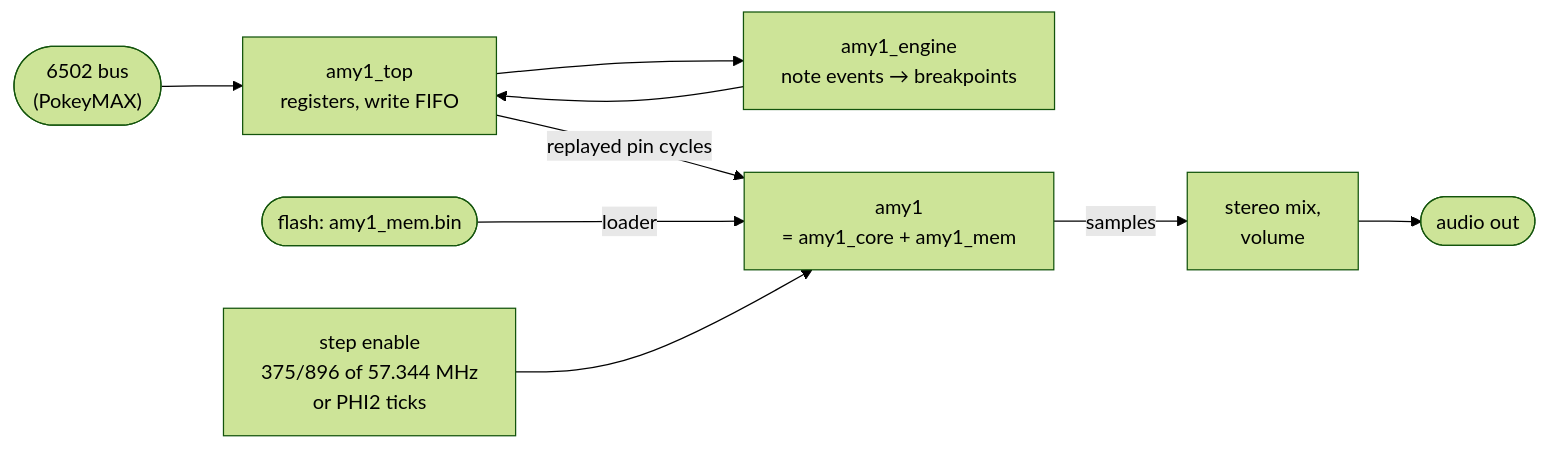
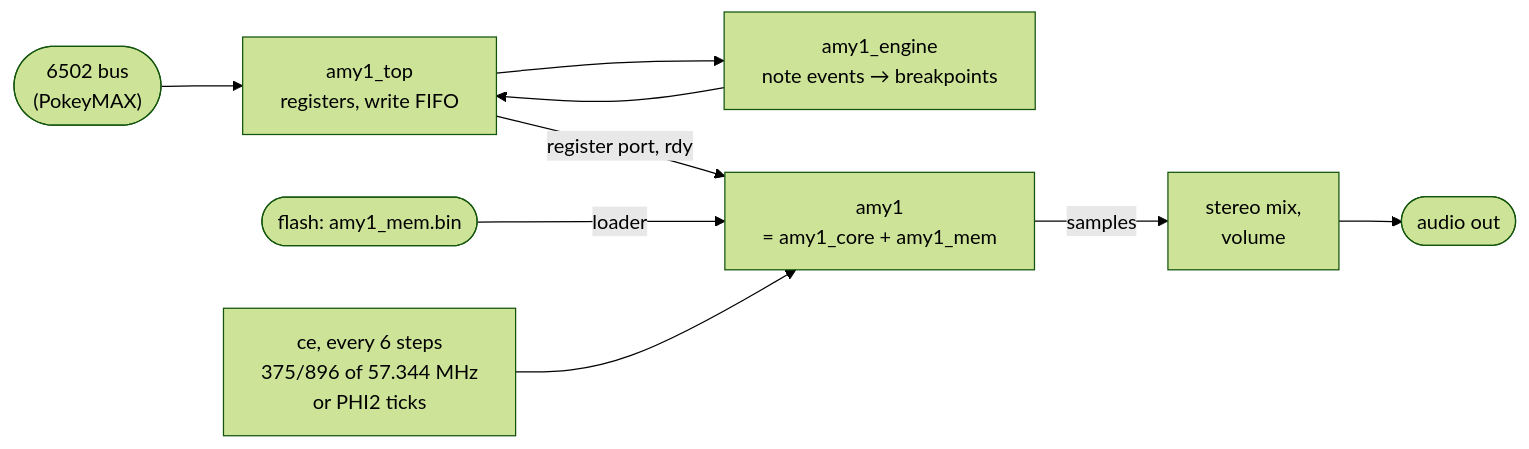
Before and after one commit to scrameta/atari_xl_fpga: the second of 4 diagrams in atari_800xl/atari_chips/pokeyv2/AMY/README.md, drawn with Mermaid (forest theme). The commit also changed other lines of this file and 4 other files, not shown here.

````diff
--- a/atari_800xl/atari_chips/pokeyv2/AMY/README.md
+++ b/atari_800xl/atari_chips/pokeyv2/AMY/README.md
@@ -66,10 +53,10 @@
 ```mermaid
 flowchart LR
     cpu(["6502 bus<br/>(PokeyMAX)"]) --> regs["amy1_top<br/>registers, write FIFO"]
     regs --> eng["amy1_engine<br/>note events → breakpoints"]
     eng --> regs
-    regs -- "replayed pin cycles" --> amy["amy1<br/>= amy1_core + amy1_mem"]
+    regs -- "register port, rdy" --> amy["amy1<br/>= amy1_core + amy1_mem"]
     flash(["flash: amy1_mem.bin"]) -- "loader" --> amy
     amy -- "samples" --> mix["stereo mix,<br/>volume"] --> dac(["audio out"])
-    step["step enable<br/>375/896 of 57.344 MHz<br/>or PHI2 ticks"] --> amy
+    step["ce, every 6 steps<br/>375/896 of 57.344 MHz<br/>or PHI2 ticks"] --> amy
 ```
````
